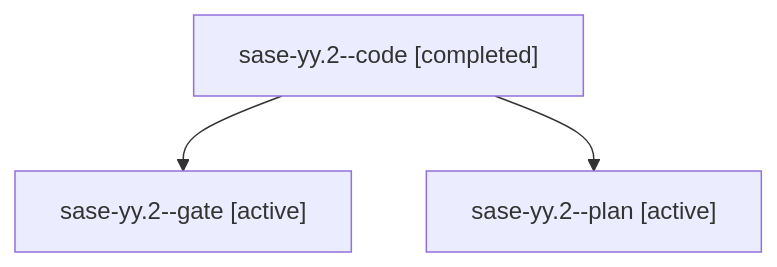
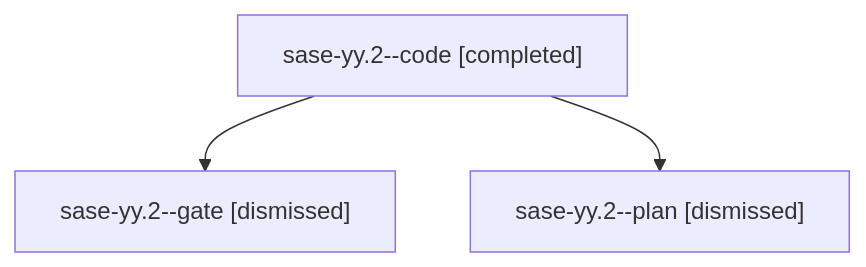
The diagram in sessions/bbugyi200.athena.sase-yy.2.md (sase-org/sase--agents), drawn with Mermaid before and after one commit. The commit also changed other lines of this file and 208 other files, not shown here.

````diff
--- a/sessions/bbugyi200.athena.sase-yy.2.md
+++ b/sessions/bbugyi200.athena.sase-yy.2.md
@@ -9,8 +9,8 @@
 ```mermaid
 flowchart TD
   n0["sase-yy.2--code [completed]"]
-  n1["sase-yy.2--gate [active]"]
+  n1["sase-yy.2--gate [dismissed]"]
   n0 --> n1
-  n2["sase-yy.2--plan [active]"]
+  n2["sase-yy.2--plan [dismissed]"]
   n0 --> n2
 ```
````
